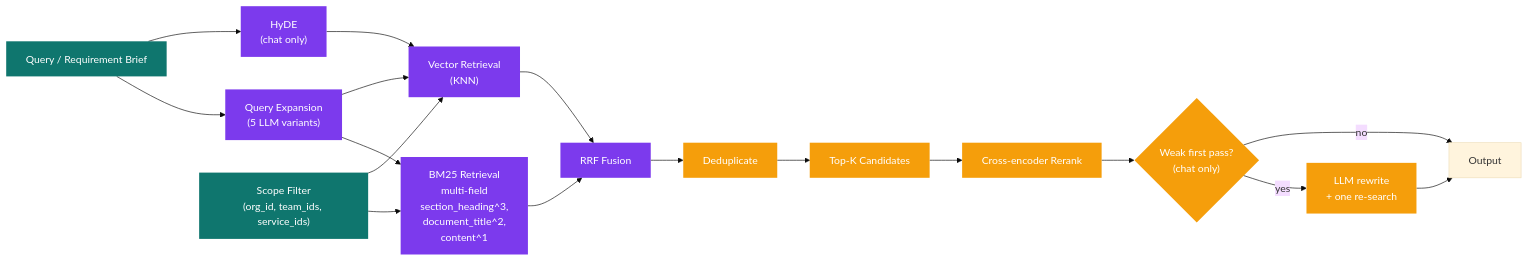
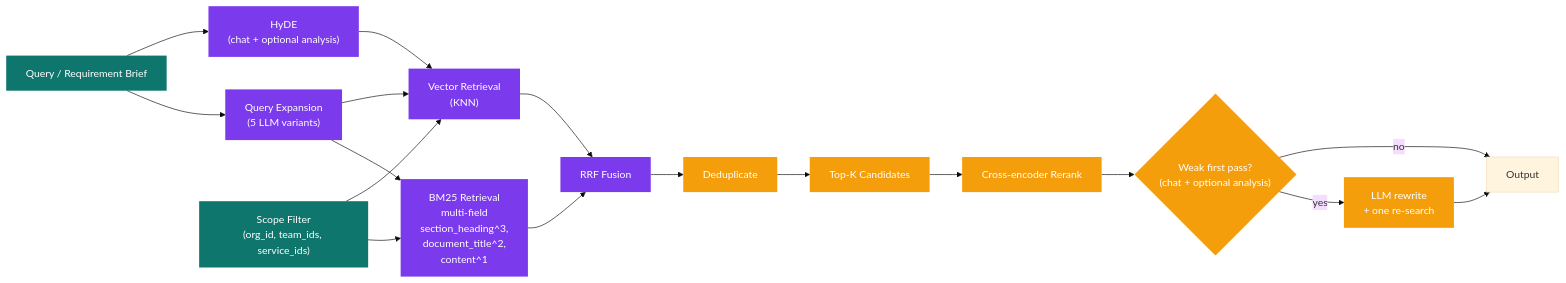
Before and after one commit to gurungabit/prism: the fourth of 5 diagrams in docs/data-flow.md, drawn with Mermaid (base theme). The commit also changed other lines of this file and 31 other files, not shown here.

````diff
--- a/docs/data-flow.md
+++ b/docs/data-flow.md
@@ -264,27 +272,27 @@
 ```mermaid
 graph LR
     REQ["Query / Requirement Brief"] --> QE["Query Expansion<br/>(5 LLM variants)"]
-    REQ --> HYDE["HyDE<br/>(chat only)"]
+    REQ --> HYDE["HyDE<br/>(chat + optional analysis)"]
     QE --> BM25["BM25 Retrieval<br/>multi-field<br/>section_heading^3,<br/>document_title^2,<br/>content^1"]
     HYDE --> VEC["Vector Retrieval<br/>(KNN)"]
     QE --> VEC
     BM25 --> RRF["RRF Fusion"]
     VEC --> RRF
     SCOPE["Scope Filter<br/>(org_id, team_ids, service_ids)"] --> BM25
     SCOPE --> VEC
     RRF --> DEDUP["Deduplicate"]
     DEDUP --> TOP["Top-K Candidates"]
     TOP --> RR["Cross-encoder Rerank"]
-    RR --> REFINE{"Weak first pass?<br/>(chat only)"}
+    RR --> REFINE{"Weak first pass?<br/>(chat + optional analysis)"}
     REFINE -->|yes| REWRITE["LLM rewrite<br/>+ one re-search"]
     REFINE -->|no| OUT["Output"]
     REWRITE --> OUT
 
     classDef input fill:#0f766e,color:#fff,stroke:none;
     classDef retrieval fill:#7c3aed,color:#fff,stroke:none;
     classDef process fill:#f59e0b,color:#fff,stroke:none;
 
     class REQ,SCOPE input;
     class QE,HYDE,BM25,VEC,RRF retrieval;
     class DEDUP,TOP,RR,REFINE,REWRITE process;
 ```
````
